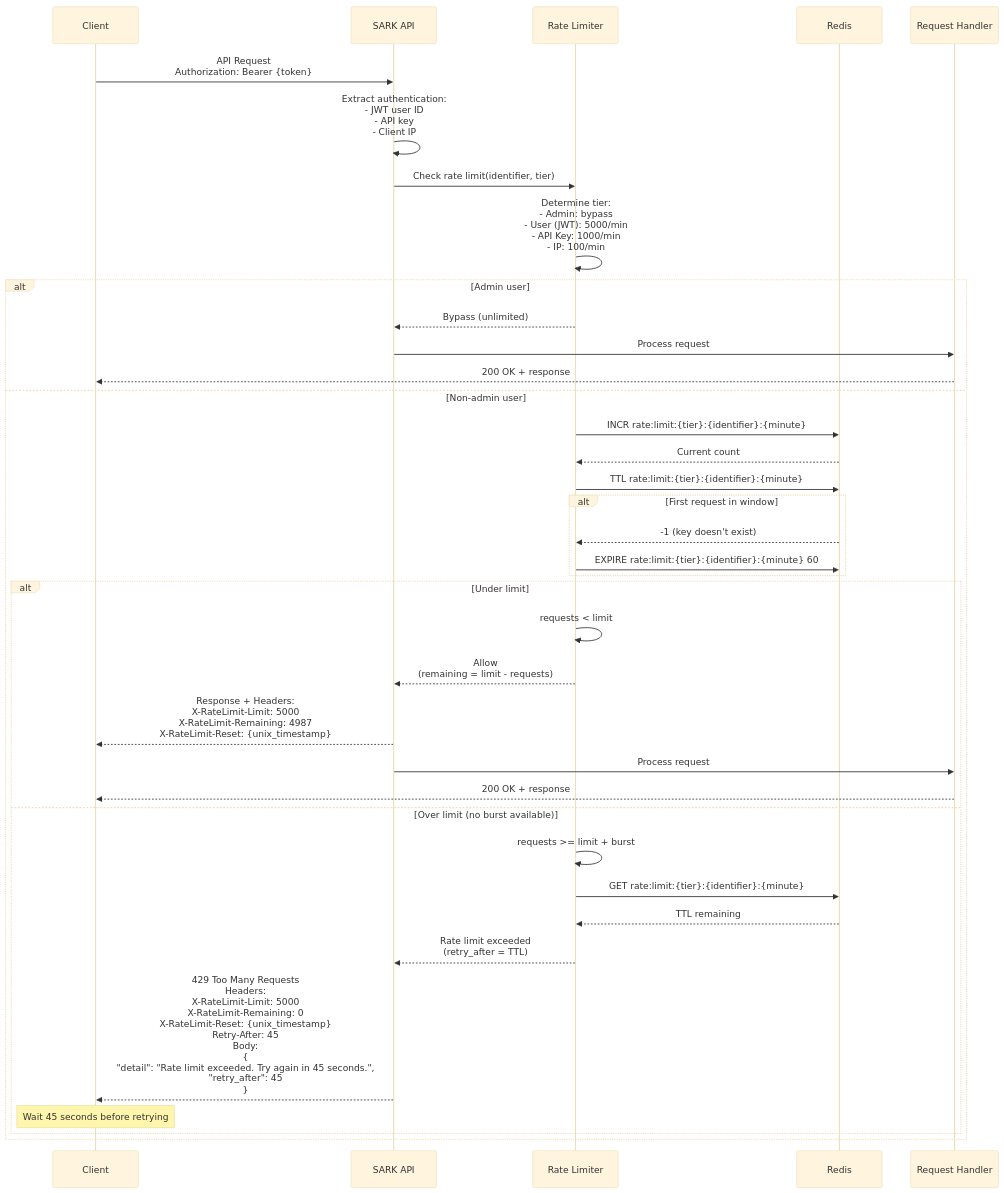
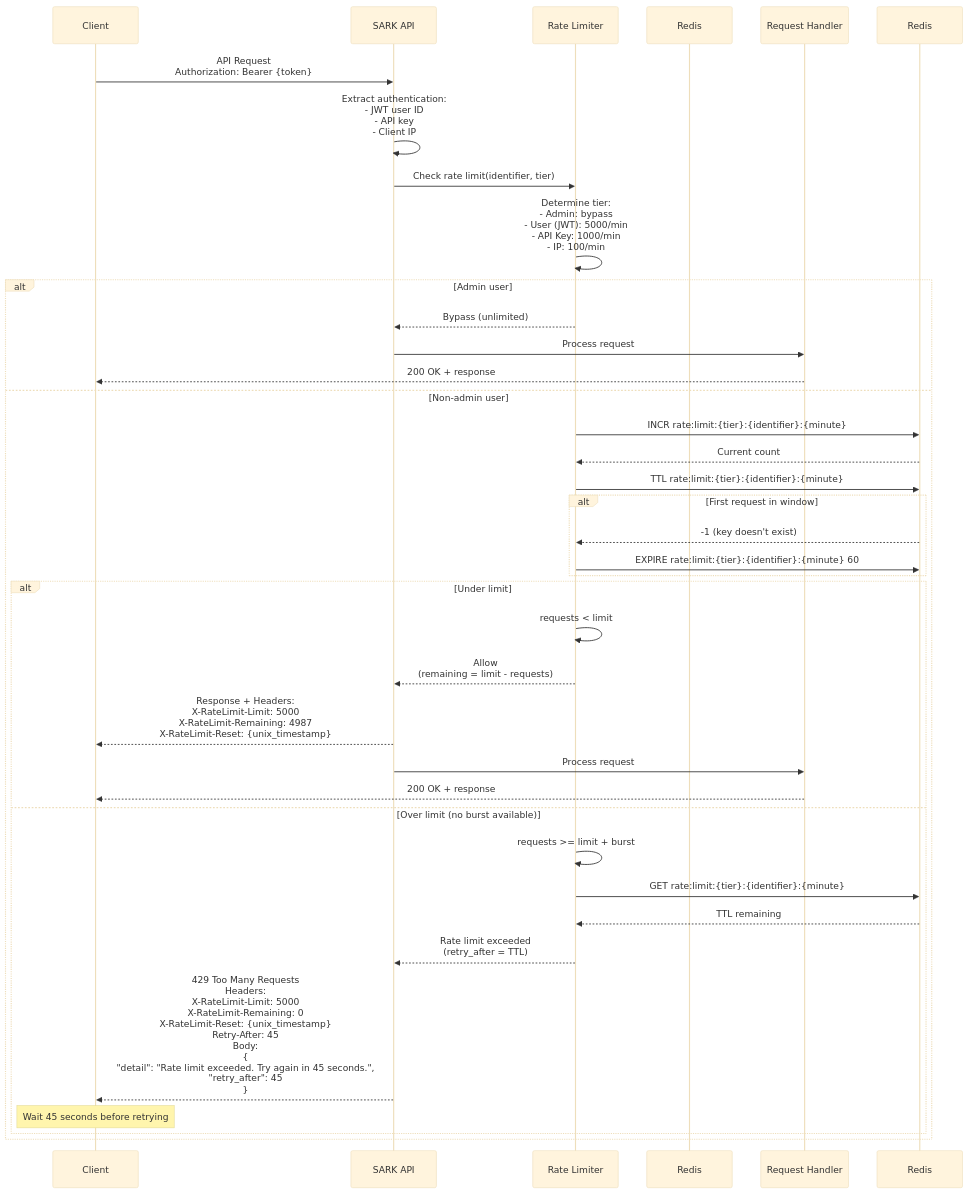
One commit to apathy-ca/sark changed the eighth of 15 diagrams in docs/ARCHITECTURE.md. Above: the diagram before and after it, drawn with Mermaid (base theme). The commit also changed other lines of this file and 68 other files, not shown here.

First line of the commit message:
refactor: migrate from Redis to Valkey

````diff
--- a/docs/ARCHITECTURE.md
+++ b/docs/ARCHITECTURE.md
@@ -460,51 +460,51 @@
 ```mermaid
 sequenceDiagram
     participant Client
     participant API as SARK API
     participant RateLimit as Rate Limiter
-    participant Redis as Redis
+    participant Valkey as Redis
     participant Handler as Request Handler
 
     Client->>API: API Request<br/>Authorization: Bearer {token}
     API->>API: Extract authentication:<br/>- JWT user ID<br/>- API key<br/>- Client IP
 
     API->>RateLimit: Check rate limit(identifier, tier)
 
     RateLimit->>RateLimit: Determine tier:<br/>- Admin: bypass<br/>- User (JWT): 5000/min<br/>- API Key: 1000/min<br/>- IP: 100/min
 
     alt Admin user
         RateLimit-->>API: Bypass (unlimited)
         API->>Handler: Process request
         Handler-->>Client: 200 OK + response
     else Non-admin user
         RateLimit->>Redis: INCR rate:limit:{tier}:{identifier}:{minute}
         Redis-->>RateLimit: Current count
 
         RateLimit->>Redis: TTL rate:limit:{tier}:{identifier}:{minute}
 
         alt First request in window
             Redis-->>RateLimit: -1 (key doesn't exist)
             RateLimit->>Redis: EXPIRE rate:limit:{tier}:{identifier}:{minute} 60
         end
 
         alt Under limit
             RateLimit->>RateLimit: requests < limit
             RateLimit-->>API: Allow<br/>(remaining = limit - requests)
 
             API-->>Client: Response + Headers:<br/>X-RateLimit-Limit: 5000<br/>X-RateLimit-Remaining: 4987<br/>X-RateLimit-Reset: {unix_timestamp}
 
             API->>Handler: Process request
             Handler-->>Client: 200 OK + response
         else Over limit (no burst available)
             RateLimit->>RateLimit: requests >= limit + burst
             RateLimit->>Redis: GET rate:limit:{tier}:{identifier}:{minute}
             Redis-->>RateLimit: TTL remaining
 
             RateLimit-->>API: Rate limit exceeded<br/>(retry_after = TTL)
 
             API-->>Client: 429 Too Many Requests<br/>Headers:<br/>X-RateLimit-Limit: 5000<br/>X-RateLimit-Remaining: 0<br/>X-RateLimit-Reset: {unix_timestamp}<br/>Retry-After: 45<br/>Body:<br/>{<br/>  "detail": "Rate limit exceeded. Try again in 45 seconds.",<br/>  "retry_after": 45<br/>}
 
             Note over Client: Wait 45 seconds before retrying
         end
     end
 ```
````
